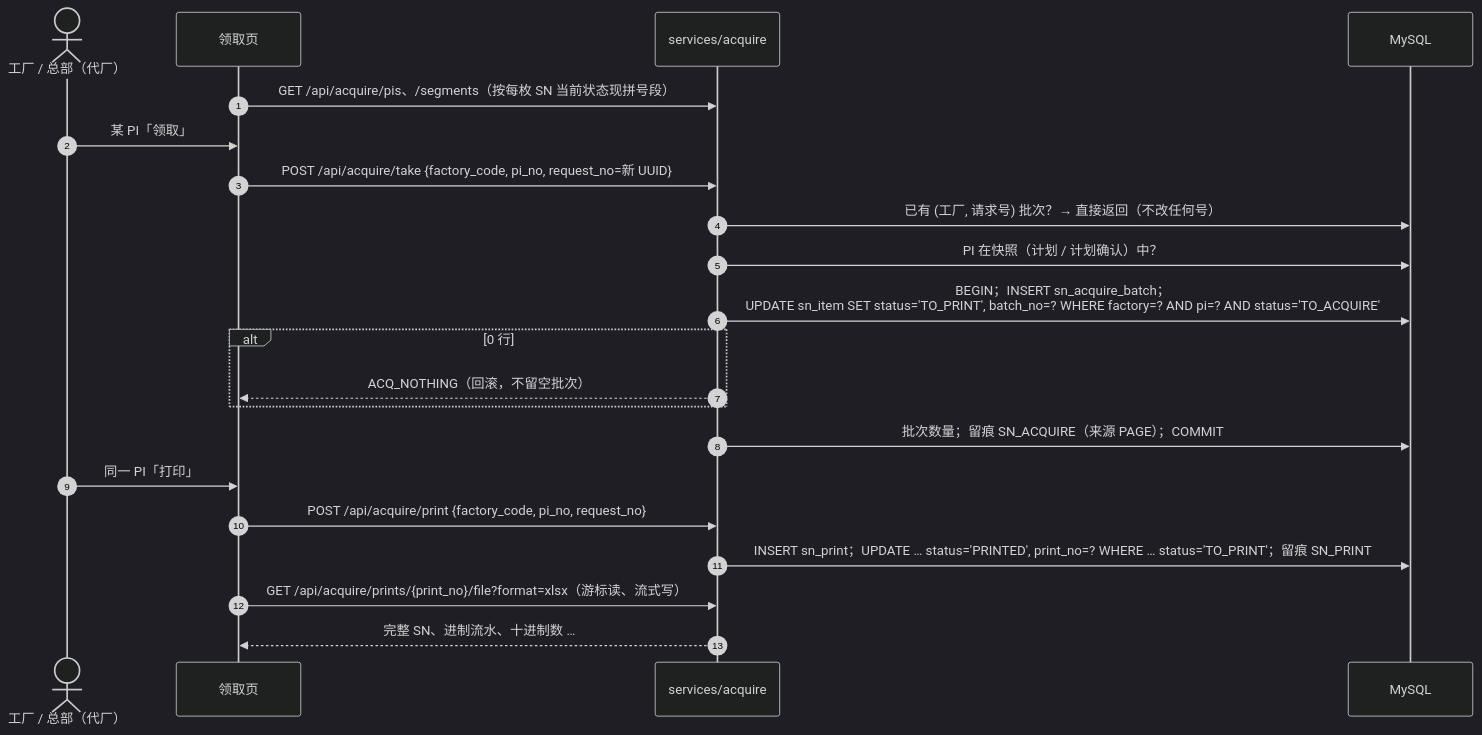
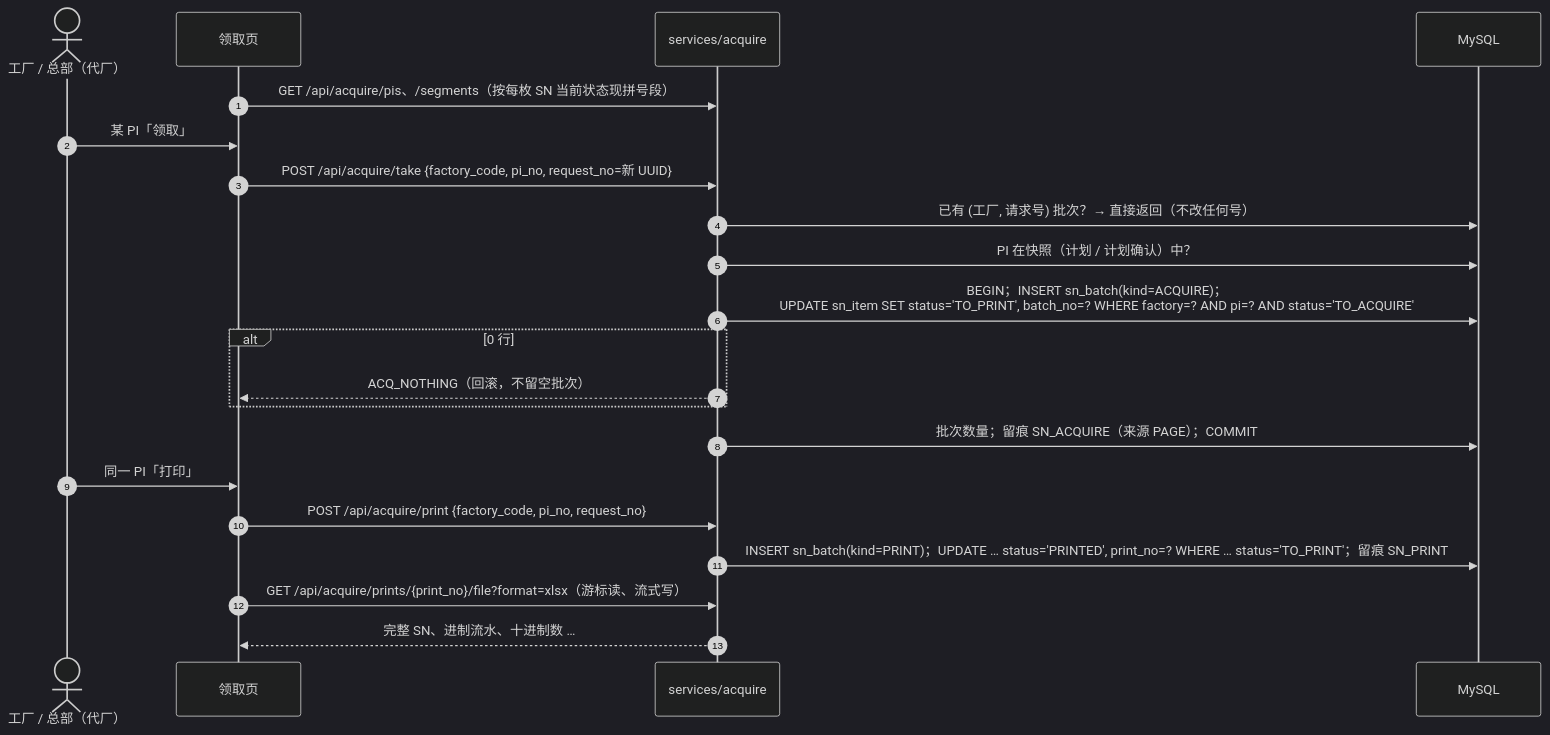
One commit to Createsnow/sn-center changed the tenth of 13 diagrams in docs/技术文档.md. Above: the diagram before and after it, drawn with Mermaid (dark theme). The commit also changed other lines of this file and 28 other files, not shown here.

````diff
--- a/docs/技术文档.md
+++ b/docs/技术文档.md
@@ -366,23 +366,23 @@
 ```mermaid
 sequenceDiagram
     autonumber
     actor U as 工厂 / 总部（代厂）
     participant W as 领取页
     participant S as services/acquire
     participant DB as MySQL
     W->>S: GET /api/acquire/pis、/segments（按每枚 SN 当前状态现拼号段）
     U->>W: 某 PI「领取」
     W->>S: POST /api/acquire/take {factory_code, pi_no, request_no=新 UUID}
     S->>DB: 已有 (工厂, 请求号) 批次？→ 直接返回（不改任何号）
     S->>DB: PI 在快照（计划 / 计划确认）中？
-    S->>DB: BEGIN；INSERT sn_acquire_batch；<br/>UPDATE sn_item SET status='TO_PRINT', batch_no=? WHERE factory=? AND pi=? AND status='TO_ACQUIRE'
+    S->>DB: BEGIN；INSERT sn_batch(kind=ACQUIRE)；<br/>UPDATE sn_item SET status='TO_PRINT', batch_no=? WHERE factory=? AND pi=? AND status='TO_ACQUIRE'
     alt 0 行
         S-->>W: ACQ_NOTHING（回滚，不留空批次）
     end
     S->>DB: 批次数量；留痕 SN_ACQUIRE（来源 PAGE）；COMMIT
     U->>W: 同一 PI「打印」
     W->>S: POST /api/acquire/print {factory_code, pi_no, request_no}
-    S->>DB: INSERT sn_print；UPDATE … status='PRINTED', print_no=? WHERE … status='TO_PRINT'；留痕 SN_PRINT
+    S->>DB: INSERT sn_batch(kind=PRINT)；UPDATE … status='PRINTED', print_no=? WHERE … status='TO_PRINT'；留痕 SN_PRINT
     W->>S: GET /api/acquire/prints/{print_no}/file?format=xlsx（游标读、流式写）
     S-->>W: 完整 SN、进制流水、十进制数 …
 ```
````
